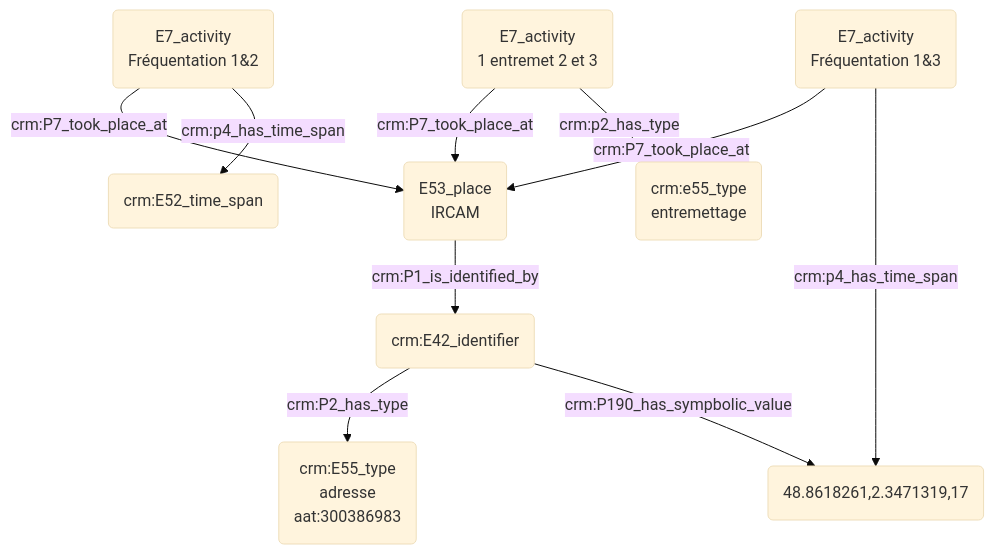
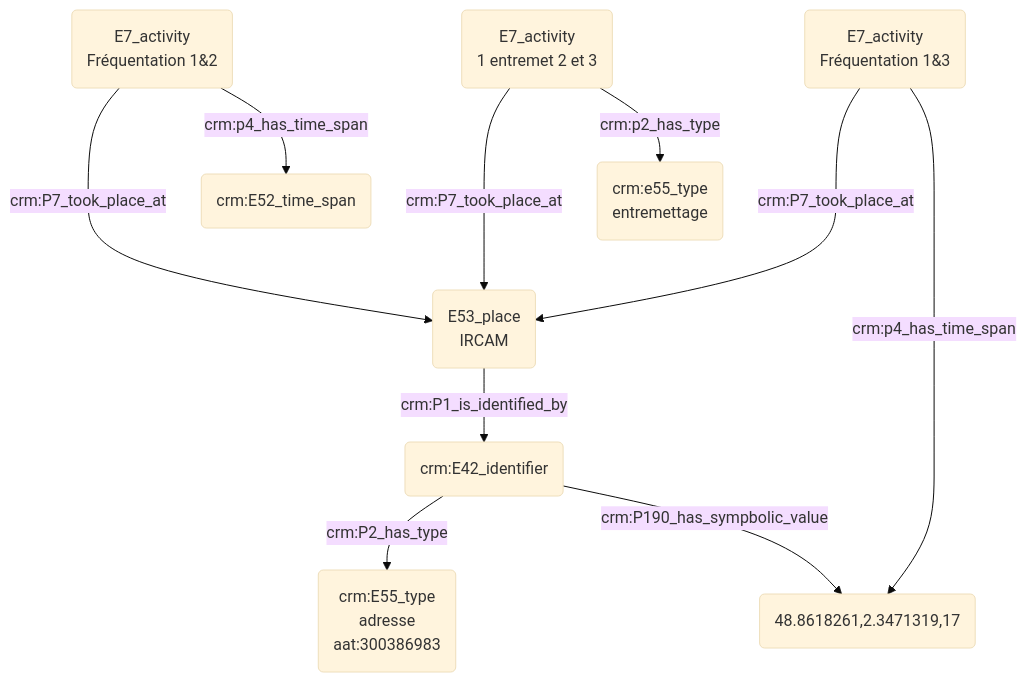
One commit to Amleth/consortium-musica2-gt2-ontologies changed the second of 2 diagrams in modules/livrables/Dossier 2/Prosopographie/rencontre de quelqu'un par le biais d'une tierce personne au sein d'un même lieu.md. Above: the diagram before and after it, drawn with Mermaid (base theme).

Commit message:
Update rencontre de quelqu'un par le biais d'une tierce personne au sein d'un même lieu.md

````diff
--- a/modules/livrables/Dossier 2/Prosopographie/rencontre de quelqu'un par le biais d'une tierce personne au sein d'un même lieu.md
+++ b/modules/livrables/Dossier 2/Prosopographie/rencontre de quelqu'un par le biais d'une tierce personne au sein d'un même lieu.md
@@ -33,15 +33,15 @@
 ```mermaid
 graph TD;
 
-B(E7_activity<br>Fréquentation 1&2) -->|crm:P7_took_place_at| K(E53_place<br>IRCAM)
+B(E7_activity<br>Fréquentation 1&2) --->|crm:P7_took_place_at| K(E53_place<br>IRCAM)
 B(E7_activity<br>Fréquentation 1&2) --> |crm:p4_has_time_span| I(crm:E52_time_span)
-O(E7_activity<br>1 entremet 2 et 3) --> |crm:P7_took_place_at| K(E53_place<br>IRCAM)
+O(E7_activity<br>1 entremet 2 et 3) ---> |crm:P7_took_place_at| K(E53_place<br>IRCAM)
 O(E7_activity<br>1 entremet 2 et 3) --> |crm:p2_has_type| P(crm:e55_type<br>entremettage)
-D(E7_activity<br>Fréquentation 1&3) -->|crm:P7_took_place_at| K(E53_place<br>IRCAM)
+D(E7_activity<br>Fréquentation 1&3) --->|crm:P7_took_place_at| K(E53_place<br>IRCAM)
 D(E7_activity<br>Fréquentation 1&3) --> |crm:p4_has_time_span| N(crm:E52_time_span)
 
 K(E53_place<br>IRCAM) --> |crm:P1_is_identified_by| L(crm:E42_identifier)
 L(crm:E42_identifier) --> |crm:P2_has_type| M(crm:E55_type<br>adresse<br>aat:300386983)
 L(crm:E42_identifier) --> |crm:P190_has_sympbolic_value| N(48.8618261,2.3471319,17)
 
 ```
````
